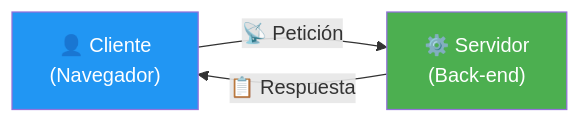
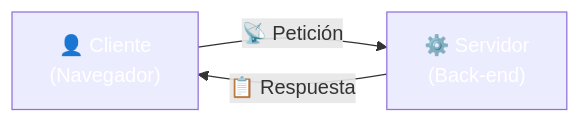
One commit to joseluisgs/DesarrolloWebEntornosServidor-01-2026-2027 changed the first of 5 diagrams in 03-arquitecturas-web.md. Above: the diagram before and after it, drawn with Mermaid. The commit also changed other lines of this file and 66 other files, not shown here.

First line of the commit message:
fix: normalizar titulos al castellano de frase y corregir la paleta de mermaid

````diff
--- a/03-arquitecturas-web.md
+++ b/03-arquitecturas-web.md
@@ -27,8 +27,8 @@
 ```mermaid
 graph LR
     A["👤 Cliente<br/>(Navegador)"] -->|"📡 Petición"| B["⚙️ Servidor<br/>(Back-end)"]
     B -->|"📋 Respuesta"| A
 
-    style A fill:#2196F3,color:#fff
-    style B fill:#4CAF50,color:#fff
+    style A fill:#2196F,color:#fff3,color:#fff
+    style B fill:#4CAF5,color:#fff0,color:#fff
 ```
````
